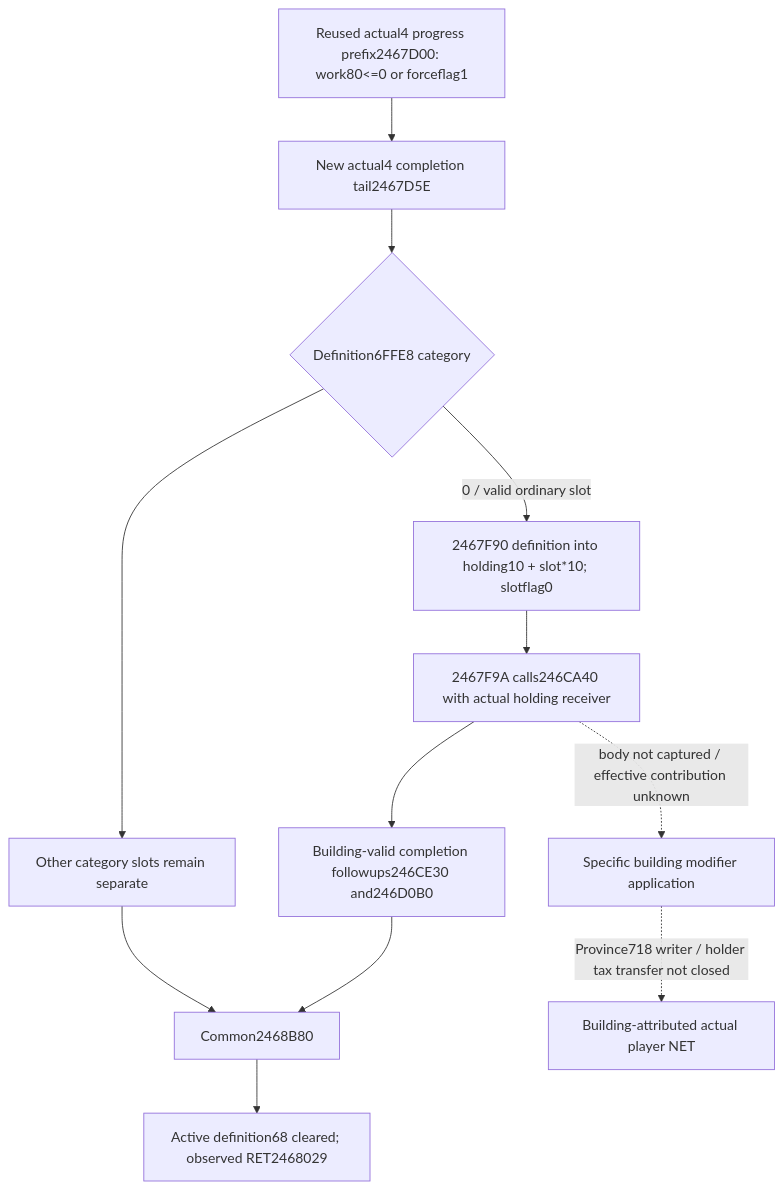
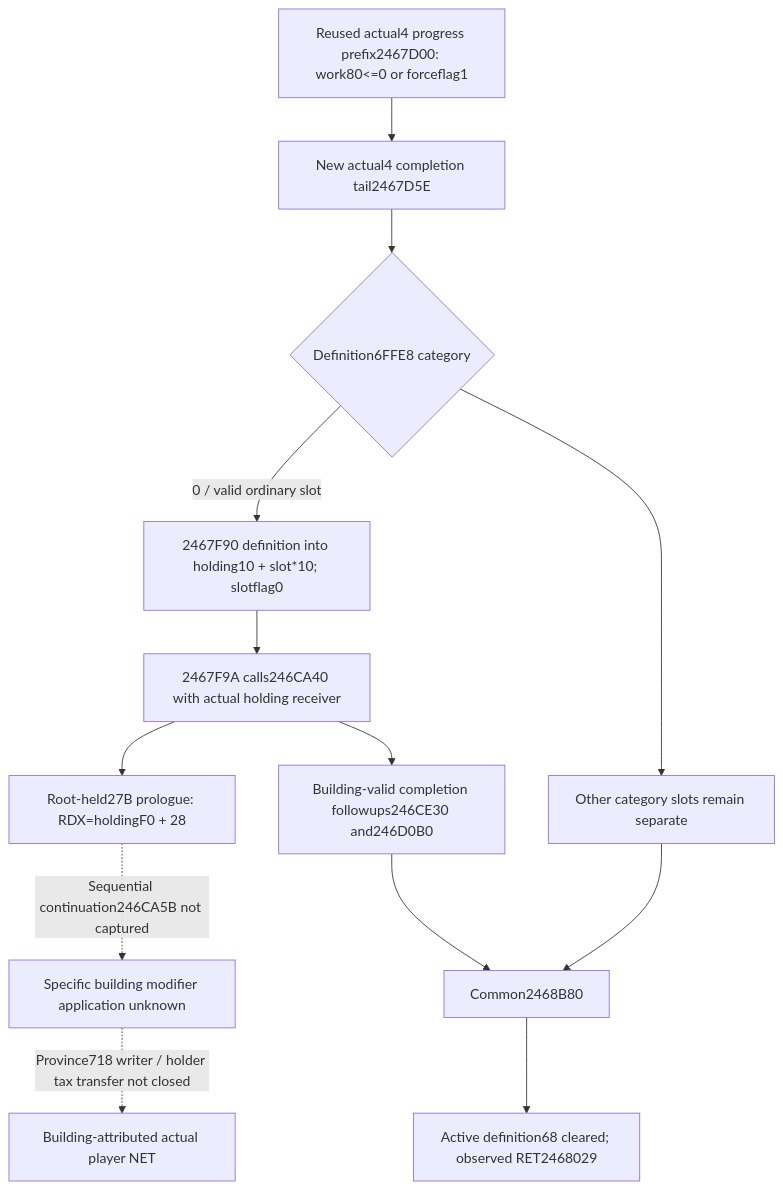
One commit to XenoAmess/ck3_eternal_recurrence changed the second of 2 diagrams in docs/ck3-native-ai/construction-economic-consumers-12004.md. Above: the diagram before and after it, drawn with Mermaid. The commit also changed other lines of this file, not shown here.

Commit message:
Document shared cash hooks and the reached post-slot source continuation

````diff
--- a/docs/ck3-native-ai/construction-economic-consumers-12004.md
+++ b/docs/ck3-native-ai/construction-economic-consumers-12004.md
@@ -218,14 +218,15 @@
 ```mermaid
 flowchart TD
   P[Reused actual4 progress prefix2467D00: work80<=0 or forceflag1] --> T[New actual4 completion tail2467D5E]
   T --> K{Definition6FFE8 category}
   K -->|0 / valid ordinary slot| S[2467F90 definition into holding10 + slot*10; slotflag0]
   K --> O[Other category slots remain separate]
   S --> R[2467F9A calls246CA40 with actual holding receiver]
-  R -. body not captured / effective contribution unknown .-> V[Specific building modifier application]
+  R --> H[Root-held27B prologue: RDX=holdingF0 + 28]
+  H -. Sequential continuation246CA5B not captured .-> V[Specific building modifier application unknown]
   R --> F[Building-valid completion followups246CE30 and246D0B0]
   O --> C[Common2468B80]
   F --> C
   C --> X[Active definition68 cleared; observed RET2468029]
   V -. Province718 writer / holder tax transfer not closed .-> I[Building-attributed actual player NET]
 ```
````
